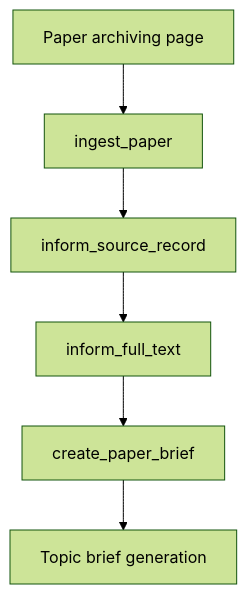
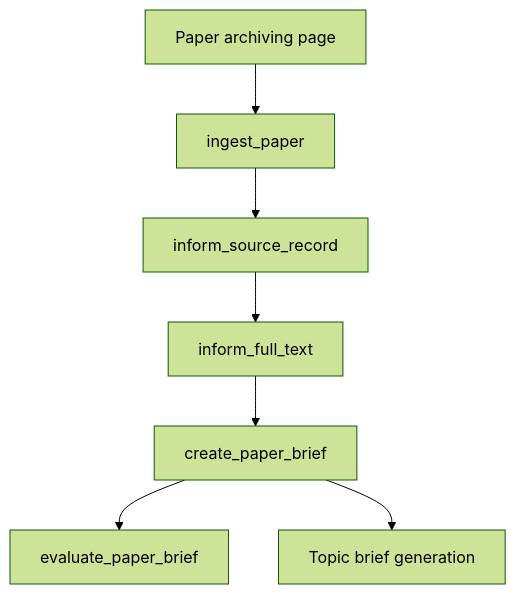
The first of 2 diagrams in docs/specs/2.2.2-fulfill-papers-metadata.md (GustavoRusso/paper-reviewer), drawn with Mermaid (forest theme) before and after one commit. The commit also changed other lines of this file and 6 other files, not shown here.

Commit message:
defined the paper brief evaluation spec

````diff
--- a/docs/specs/2.2.2-fulfill-papers-metadata.md
+++ b/docs/specs/2.2.2-fulfill-papers-metadata.md
@@ -64,14 +65,16 @@
 ```mermaid
 flowchart TB
   archive[Paper archiving page]
   ingest[ingest_paper]
   srcRec[inform_source_record]
   fullTxt[inform_full_text]
   briefJob[create_paper_brief]
+  evalJob[evaluate_paper_brief]
   topic[Topic brief generation]
   archive --> ingest
   ingest --> srcRec
   srcRec --> fullTxt
   fullTxt --> briefJob
+  briefJob --> evalJob
   briefJob --> topic
 ```
````
